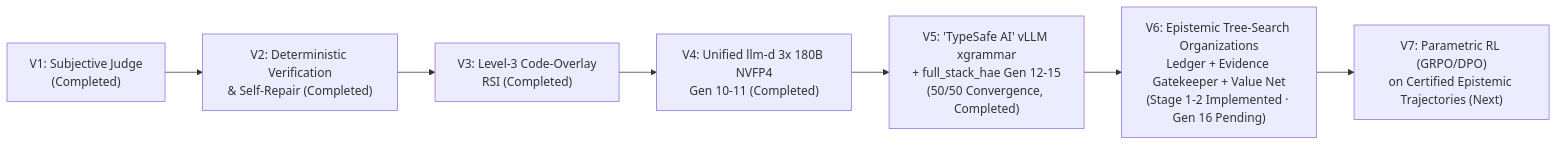
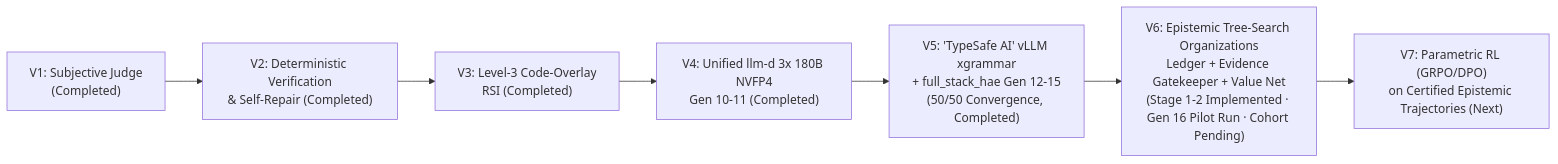
One commit to SinaChavoshi/hierarchical-agent-evolution changed the diagram in README.md. Above: the diagram before and after it, drawn with Mermaid. The commit also changed other lines of this file and 24 other files, not shown here.

````diff
--- a/README.md
+++ b/README.md
@@ -74,9 +74,9 @@
 ```mermaid
 flowchart LR
     V1["V1: Subjective Judge<br/>(Completed)"] --> V2["V2: Deterministic Verification<br/>& Self-Repair (Completed)"]
     V2 --> V3["V3: Level-3 Code-Overlay<br/>RSI (Completed)"]
     V3 --> V4["V4: Unified llm-d 3x 180B NVFP4<br/>Gen 10-11 (Completed)"]
     V4 --> V5["V5: 'TypeSafe AI' vLLM xgrammar<br/>+ full_stack_hae Gen 12-15<br/>(50/50 Convergence, Completed)"]
-    V5 --> V6["V6: Epistemic Tree-Search Organizations<br/>Ledger + Evidence Gatekeeper + Value Net<br/>(Stage 1-2 Implemented · Gen 16 Pending)"]
+    V5 --> V6["V6: Epistemic Tree-Search Organizations<br/>Ledger + Evidence Gatekeeper + Value Net<br/>(Stage 1-2 Implemented · Gen 16 Pilot Run · Cohort Pending)"]
     V6 --> V7["V7: Parametric RL (GRPO/DPO)<br/>on Certified Epistemic Trajectories (Next)"]
 ```
````
